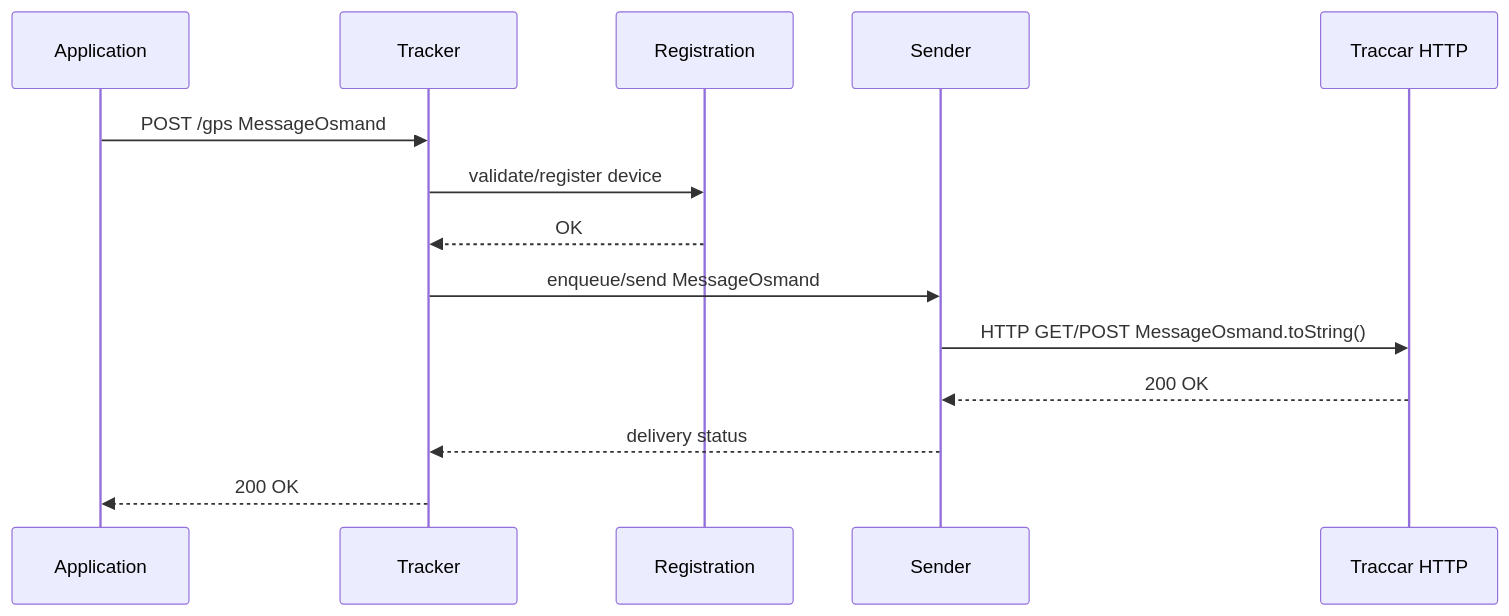
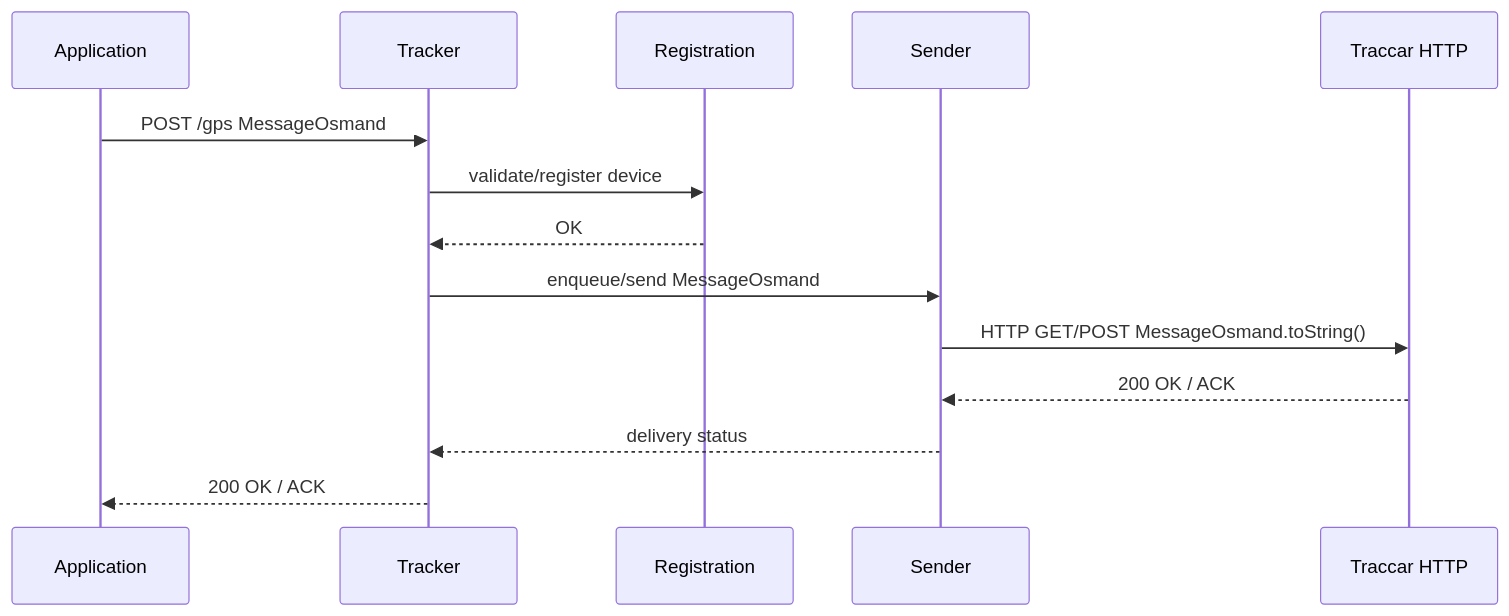
Before and after one commit to kbeigl/bm: the second of 2 diagrams in bm-tracker/gps-osmand-tracker/asciidoc/gps-tracker-arc.adoc, drawn with Mermaid. The commit also changed other lines of this file and 67 other files, not shown here.

```diff
--- a/bm-tracker/gps-osmand-tracker/asciidoc/gps-tracker-arc.adoc
+++ b/bm-tracker/gps-osmand-tracker/asciidoc/gps-tracker-arc.adoc
@@ -361,18 +361,18 @@
-[mermaid]
+[mermaid, tracker-sending-seq]
 ....
 sequenceDiagram
   participant Client as Application
   participant Server as Tracker
   participant Reg as Registration
   participant Sender as Sender
   participant External as Traccar HTTP 
 
   Client->>Server: POST /gps MessageOsmand
   Server->>Reg: validate/register device
   Reg-->>Server: OK
   Server->>Sender: enqueue/send MessageOsmand
   Sender->>External: HTTP GET/POST MessageOsmand.toString()
-  External-->>Sender: 200 OK
+  External-->>Sender: 200 OK / ACK
   Sender-->>Server: delivery status
-  Server-->>Client: 200 OK
+  Server-->>Client: 200 OK / ACK
 ....
```
